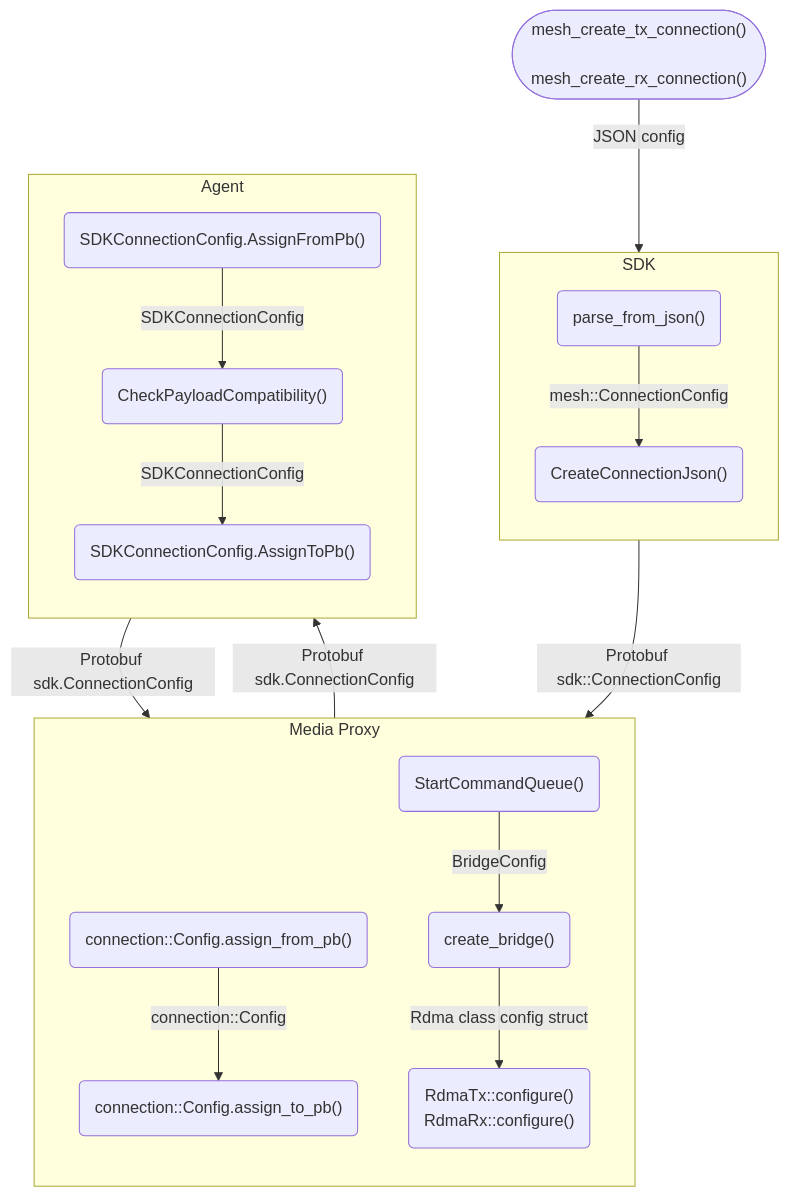
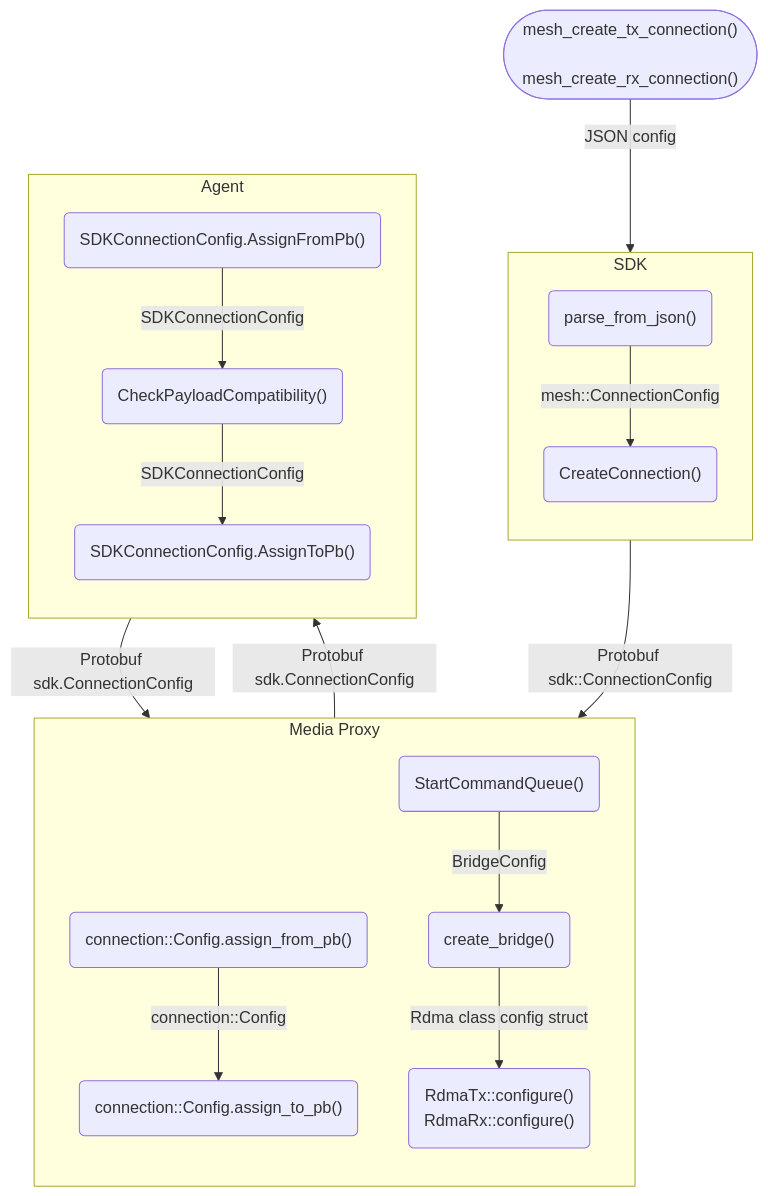
One commit to OpenVisualCloud/Media-Communications-Mesh changed the diagram in media-proxy/include/mesh/SDK_BRIDGE_PARAMS.md. Above: the diagram before and after it, drawn with Mermaid. The commit also changed other lines of this file and 60 other files, not shown here.

````diff
--- a/media-proxy/include/mesh/SDK_BRIDGE_PARAMS.md
+++ b/media-proxy/include/mesh/SDK_BRIDGE_PARAMS.md
@@ -11,35 +11,35 @@
 ```mermaid
 flowchart
     a1(["mesh_create_tx_connection()
         mesh_create_rx_connection()"])
 
     subgraph sdk [SDK]
         direction TB
         a2("parse_from_json()")
-        a3("CreateConnectionJson()")
+        a3("CreateConnection()")
     end
 
     subgraph proxy [Media Proxy]
         direction TB
         a4("connection::Config.assign_from_pb()")
         a5("connection::Config.assign_to_pb()")
         a8("StartCommandQueue()")
         a9("create_bridge()")
         a10("RdmaTx::configure()
              RdmaRx::configure()")
     end
 
     subgraph agent [Agent]
         direction TB
         a6("SDKConnectionConfig.AssignFromPb()")
         a6-1("CheckPayloadCompatibility()")
         a7("SDKConnectionConfig.AssignToPb()")
     end
 
     a1 -- JSON config --> a2 -- mesh::ConnectionConfig --> a3
     a3 -- Protobuf sdk::ConnectionConfig --> a4 -- connection::Config --> a5
     a5 -- Protobuf sdk.ConnectionConfig --> a6 -- SDKConnectionConfig --> a6-1
     a6-1 -- SDKConnectionConfig --> a7
     a7 -- Protobuf sdk.ConnectionConfig --> a8 -- BridgeConfig --> a9
     a9 -- Rdma class config struct --> a10
 ```
````
